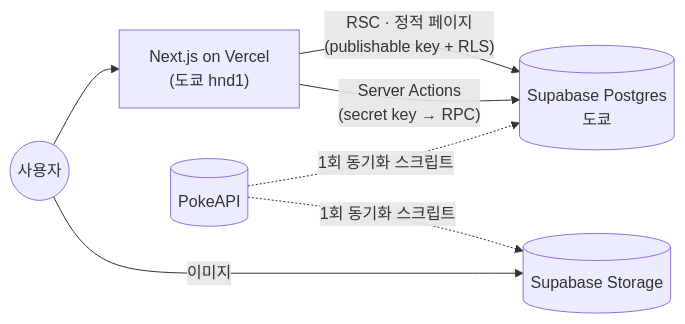
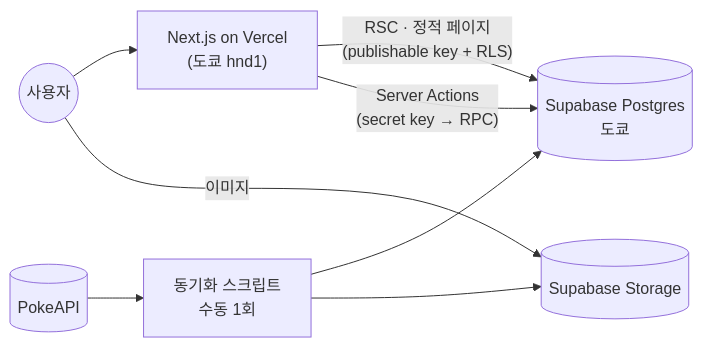
The diagram in README.md (ottuck/pokepedia), drawn with Mermaid before and after one commit. The commit also changed 1 other file, not shown here.

Commit message:
docs: 구성도를 선이 덜 겹치게 단순화

````diff
--- a/README.md
+++ b/README.md
@@ -58,8 +58,9 @@
 ```mermaid
 flowchart LR
   User((사용자)) --> Next["Next.js on Vercel<br/>(도쿄 hnd1)"]
   Next -- "RSC · 정적 페이지<br/>(publishable key + RLS)" --> DB[(Supabase Postgres<br/>도쿄)]
   Next -- "Server Actions<br/>(secret key → RPC)" --> DB
   User -- 이미지 --> Storage[(Supabase Storage)]
-  PokeAPI[(PokeAPI)] -. "1회 동기화 스크립트" .-> DB & Storage
+  PokeAPI[(PokeAPI)] --> Sync[동기화 스크립트<br/>수동 1회]
+  Sync --> DB & Storage
 ```
````
